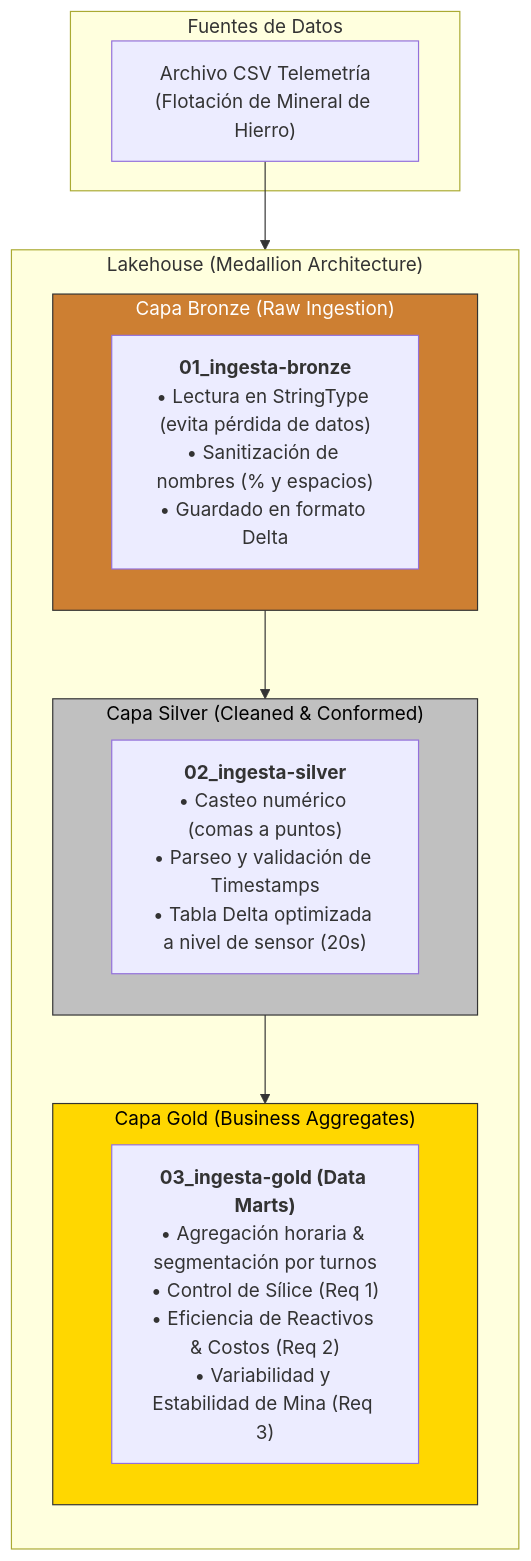
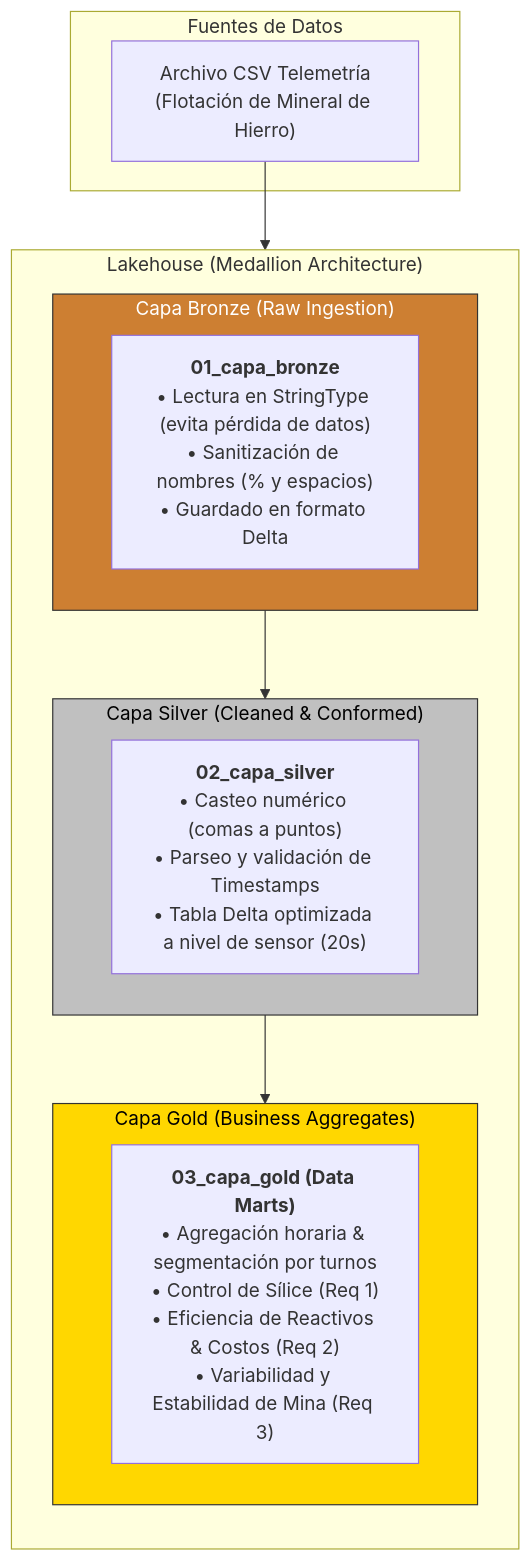
The diagram in README.md (Wedkyy/Mining-pipeline), drawn with Mermaid before and after one commit. The commit also changed other lines of this file, not shown here.

````diff
--- a/README.md
+++ b/README.md
@@ -23,33 +23,33 @@
 ```mermaid
 flowchart TD
     subgraph Origen ["Fuentes de Datos"]
         CSV["Archivo CSV Telemetría<br/>(Flotación de Mineral de Hierro)"]
     end
 
     subgraph Databricks ["Lakehouse (Medallion Architecture)"]
         direction TB
         
         subgraph Bronze ["Capa Bronze (Raw Ingestion)"]
-            B1["<b>01_ingesta-bronze</b><br/>• Lectura en StringType (evita pérdida de datos)<br/>• Sanitización de nombres (% y espacios)<br/>• Guardado en formato Delta"]
+            B1["<b>01_capa_bronze</b><br/>• Lectura en StringType (evita pérdida de datos)<br/>• Sanitización de nombres (% y espacios)<br/>• Guardado en formato Delta"]
         end
 
         subgraph Silver ["Capa Silver (Cleaned & Conformed)"]
-            S1["<b>02_ingesta-silver</b><br/>• Casteo numérico (comas a puntos)<br/>• Parseo y validación de Timestamps<br/>• Tabla Delta optimizada a nivel de sensor (20s)"]
+            S1["<b>02_capa_silver</b><br/>• Casteo numérico (comas a puntos)<br/>• Parseo y validación de Timestamps<br/>• Tabla Delta optimizada a nivel de sensor (20s)"]
         end
 
         subgraph Gold ["Capa Gold (Business Aggregates)"]
-            G1["<b>03_ingesta-gold (Data Marts)</b><br/>• Agregación horaria & segmentación por turnos<br/>• Control de Sílice (Req 1)<br/>• Eficiencia de Reactivos & Costos (Req 2)<br/>• Variabilidad y Estabilidad de Mina (Req 3)"]
+            G1["<b>03_capa_gold (Data Marts)</b><br/>• Agregación horaria & segmentación por turnos<br/>• Control de Sílice (Req 1)<br/>• Eficiencia de Reactivos & Costos (Req 2)<br/>• Variabilidad y Estabilidad de Mina (Req 3)"]
         end
 
         Bronze --> Silver
         Silver --> Gold
     end
 
 
     CSV --> Bronze
     Gold 
 
     style Bronze fill:#cd7f32,stroke:#333,stroke-width:1px,color:#fff
     style Silver fill:#c0c0c0,stroke:#333,stroke-width:1px,color:#000
     style Gold fill:#ffd700,stroke:#333,stroke-width:1px,color:#000
 ```
````
